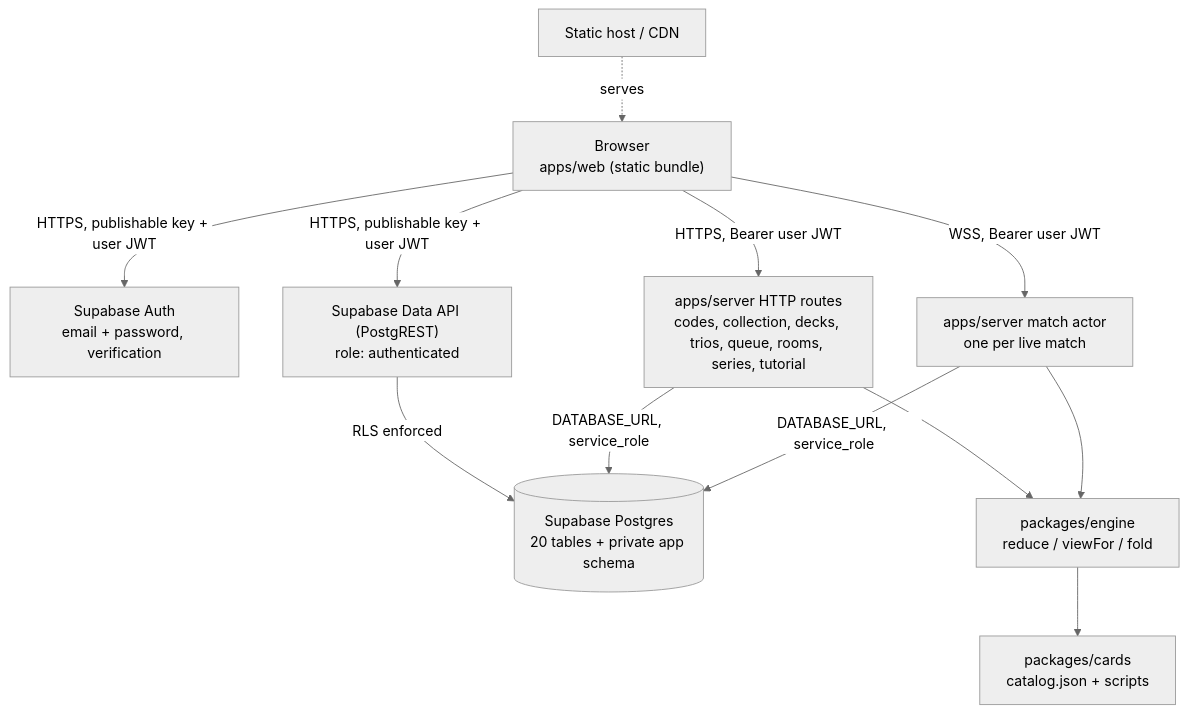
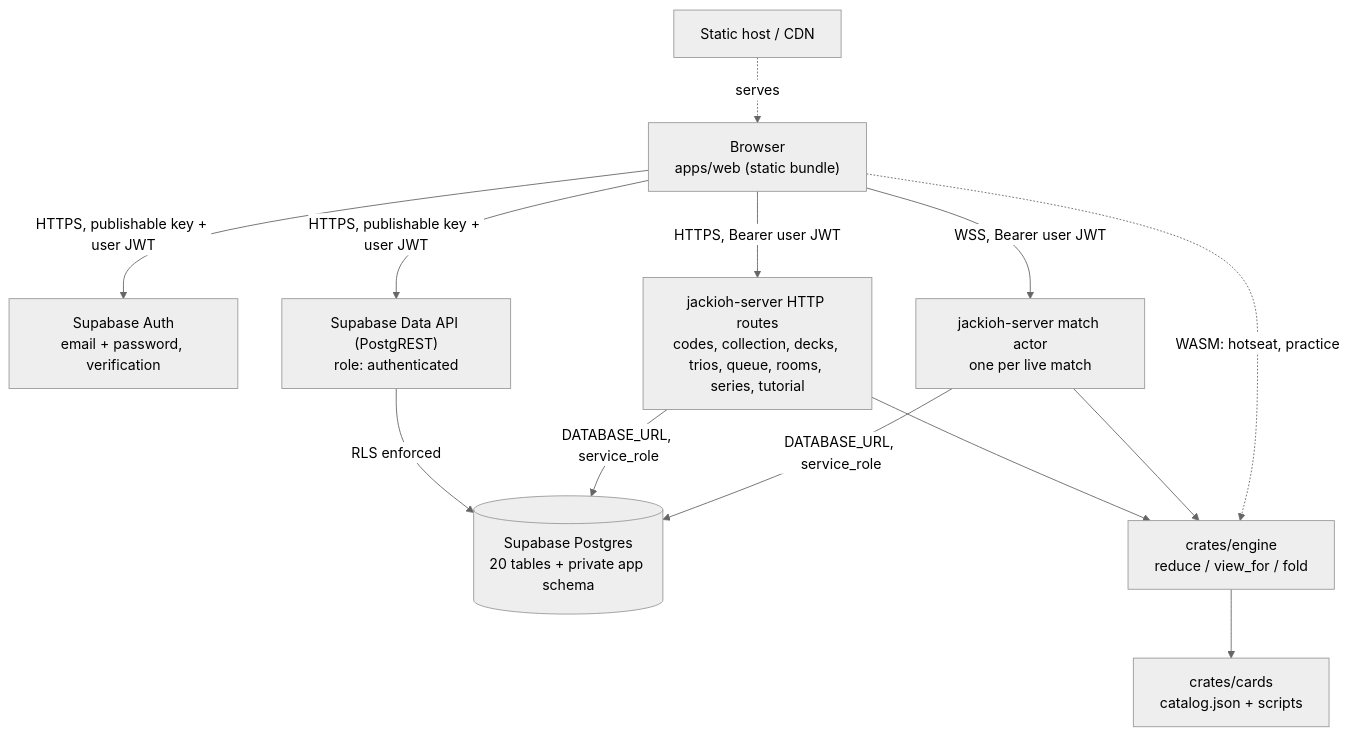
The diagram in docs/architecture.md (Jlore-Studios/JackiOh), drawn with Mermaid (neutral theme) before and after one commit. The commit also changed other lines of this file, not shown here.

First line of the commit message:
v0.3.0 part 37: docs/architecture.md for the Rust server

````diff
--- a/docs/architecture.md
+++ b/docs/architecture.md
@@ -16,24 +16,25 @@
 ```mermaid
 flowchart TD
   B["Browser<br/>apps/web (static bundle)"]
   CDN["Static host / CDN"]
   AUTH["Supabase Auth<br/>email + password, verification"]
   PGR["Supabase Data API (PostgREST)<br/>role: authenticated"]
-  API["apps/server HTTP routes<br/>codes, collection, decks, trios, queue, rooms, series, tutorial"]
-  ACT["apps/server match actor<br/>one per live match"]
+  API["jackioh-server HTTP routes<br/>codes, collection, decks, trios, queue, rooms, series, tutorial"]
+  ACT["jackioh-server match actor<br/>one per live match"]
   PG[("Supabase Postgres<br/>20 tables + private app schema")]
-  ENG["packages/engine<br/>reduce / viewFor / fold"]
-  CAT["packages/cards<br/>catalog.json + scripts"]
+  ENG["crates/engine<br/>reduce / view_for / fold"]
+  CAT["crates/cards<br/>catalog.json + scripts"]
 
   CDN -.serves.-> B
   B -->|HTTPS, publishable key + user JWT| AUTH
   B -->|HTTPS, publishable key + user JWT| PGR
   B -->|HTTPS, Bearer user JWT| API
   B -->|WSS, Bearer user JWT| ACT
   PGR -->|RLS enforced| PG
   API -->|DATABASE_URL, service_role| PG
   ACT -->|DATABASE_URL, service_role| PG
   API --> ENG
   ACT --> ENG
   ENG --> CAT
+  B -.->|"WASM: hotseat, practice"| ENG
 ```
````
